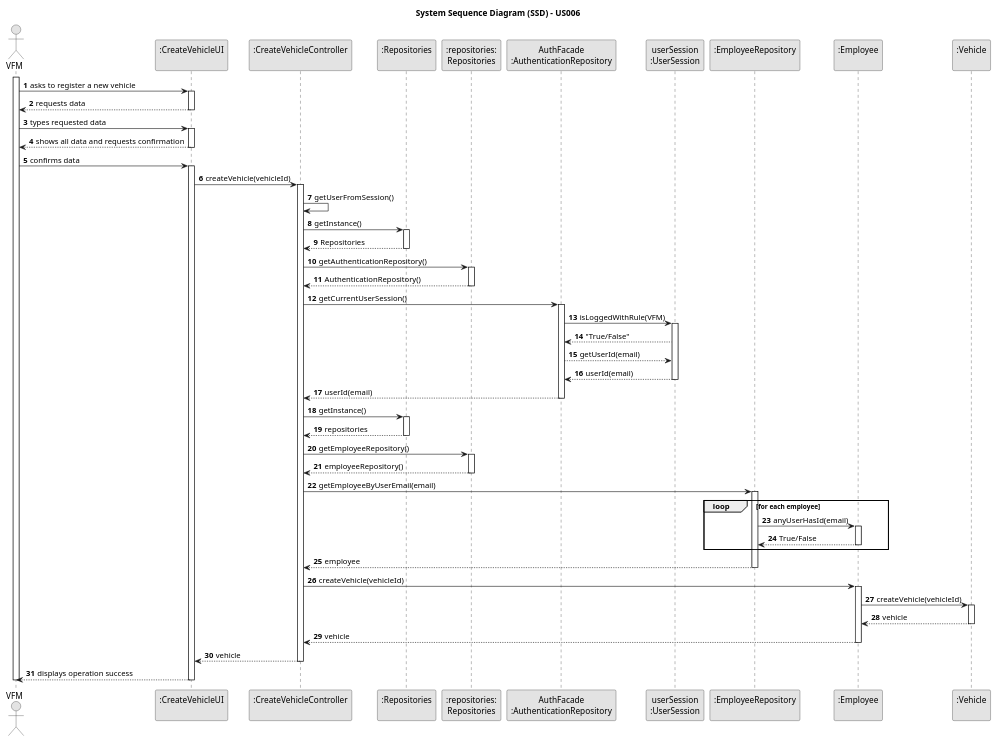
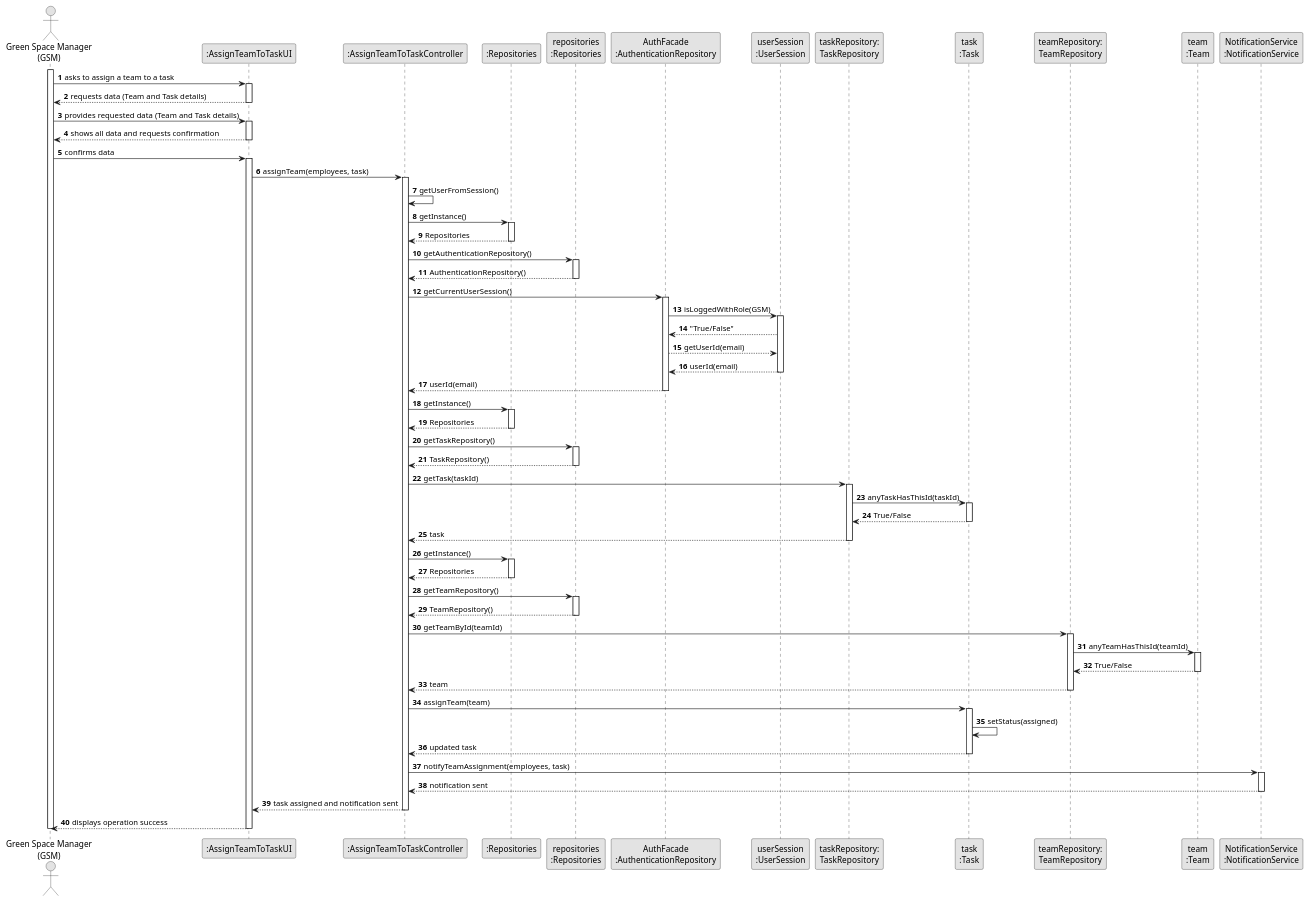
The diagram in docs/sprintC/us0023/03.design/puml/us23-sequence-diagram-fullv2.puml (Mendoncaa/LAPR2), drawn with PlantUML before and after one commit. The commit also changed 14 other files, not shown here.

```diff
--- a/docs/sprintC/us0023/03.design/puml/us23-sequence-diagram-fullv2.puml
+++ b/docs/sprintC/us0023/03.design/puml/us23-sequence-diagram-fullv2.puml
@@ -5,64 +5,55 @@
 
 autonumber
 
-title System Sequence Diagram (SSD) - US006
-
-actor "VFM" as VFM
-
-participant ":CreateVehicleUI\n" as UI
-participant ":CreateVehicleController\n" as CTRL
-participant ":Repositories\n" as SR
-participant ":repositories:\nRepositories" as RR
+actor "Green Space Manager\n(GSM)" as GSM
+participant ":AssignTeamToTaskUI" as UI
+participant ":AssignTeamToTaskController" as CTRL
+participant ":Repositories" as RepositorySingleton
+participant "repositories\n:Repositories" as PLAT
 participant "AuthFacade\n:AuthenticationRepository" as AUTHREP
 participant "userSession\n:UserSession" as USER
-participant ":EmployeeRepository\n" as ER
-participant ":Employee\n" as E
-participant ":Vehicle\n" as V
+participant "taskRepository:\nTaskRepository" as TaskRepository
+participant "task\n:Task" as TASK
+participant "teamRepository:\nTeamRepository" as TeamRepository
+participant "team\n:Team" as TEAM
+participant "NotificationService\n:NotificationService" as NOTIF
 
-activate VFM
+activate GSM
 
-    VFM -> UI : asks to register a new vehicle
+        GSM -> UI : asks to assign a team to a task
+        activate UI
 
-    activate UI
-        UI --> VFM : requests data
+        UI --> GSM : requests data (Team and Task details)
     deactivate UI
 
-    VFM -> UI : types requested data
+    GSM -> UI : provides requested data (Team and Task details)
     activate UI
-        UI --> VFM : shows all data and requests confirmation
+
+        UI --> GSM : shows all data and requests confirmation
     deactivate UI
 
-    VFM -> UI : confirms data
+    GSM -> UI : confirms data
     activate UI
-        UI -> CTRL : createVehicle(vehicleId)
+
+        UI -> CTRL : assignTeam(employees, task)
         activate CTRL
-
-
 
         CTRL -> CTRL : getUserFromSession()
 
-        CTRL -> SR : getInstance()
-        activate SR
-        CTRL <-- SR : Repositories
-        deactivate SR
+        CTRL -> RepositorySingleton : getInstance()
+        activate RepositorySingleton
+        CTRL <-- RepositorySingleton : Repositories
+        deactivate RepositorySingleton
 
-        CTRL -> RR : getAuthenticationRepository()
-
-        activate RR
-        CTRL <-- RR : AuthenticationRepository()
-        deactivate RR
-
-
+        CTRL -> PLAT : getAuthenticationRepository()
+        activate PLAT
+        CTRL <-- PLAT : AuthenticationRepository()
+        deactivate PLAT
 
         CTRL -> AUTHREP : getCurrentUserSession()
-
         activate AUTHREP
 
-
-
-
-        AUTHREP -> USER : isLoggedWithRule(VFM)
-
+        AUTHREP -> USER : isLoggedWithRole(GSM)
         activate USER
 
         AUTHREP <-- USER : "True/False"
@@ -73,215 +64,67 @@
         CTRL <-- AUTHREP : userId(email)
         deactivate AUTHREP
 
+        CTRL -> RepositorySingleton : getInstance()
+        activate RepositorySingleton
+        CTRL <-- RepositorySingleton : Repositories
+        deactivate RepositorySingleton
 
+        CTRL -> PLAT : getTaskRepository()
+        activate PLAT
+        CTRL <-- PLAT : TaskRepository()
+        deactivate PLAT
 
-            CTRL -> SR : getInstance()
-            activate SR
-                SR --> CTRL : repositories
-            deactivate SR
-            CTRL -> RR : getEmployeeRepository()
-            activate RR
-                RR --> CTRL : employeeRepository()
-            deactivate RR
-            CTRL -> ER : getEmployeeByUserEmail(email)
-            activate ER
-                loop for each employee
-                    ER -> E : anyUserHasId(email)
-                    activate E
-                        E --> ER : True/False
-                    deactivate E
-                end loop
-                ER --> CTRL : employee
-            deactivate ER
-            CTRL -> E : createVehicle(vehicleId)
-            activate E
-                E -> V : createVehicle(vehicleId)
-                activate V
-                V --> E: vehicle
-                deactivate V
-            E--> CTRL : vehicle
-            deactivate E
+        CTRL -> TaskRepository : getTask(taskId)
+        activate TaskRepository
 
+            TaskRepository -> TASK : anyTaskHasThisId(taskId)
+            activate TASK
+            TaskRepository <-- TASK : True/False
+            deactivate TASK
 
-            CTRL --> UI : vehicle
-        deactivate CTRL
-        UI --> VFM : displays operation success
+        CTRL <-- TaskRepository : task
+        deactivate TaskRepository
+
+        CTRL -> RepositorySingleton : getInstance()
+        activate RepositorySingleton
+        CTRL <-- RepositorySingleton : Repositories
+        deactivate RepositorySingleton
+
+        CTRL -> PLAT : getTeamRepository()
+        activate PLAT
+        CTRL <-- PLAT : TeamRepository()
+        deactivate PLAT
+
+        CTRL -> TeamRepository : getTeamById(teamId)
+        activate TeamRepository
+
+            TeamRepository -> TEAM : anyTeamHasThisId(teamId)
+            activate TEAM
+            TeamRepository <-- TEAM : True/False
+            deactivate TEAM
+
+        CTRL <-- TeamRepository : team
+        deactivate TeamRepository
+
+        CTRL -> TASK : assignTeam(team)
+        activate TASK
+
+        TASK -> TASK : setStatus(assigned)
+        TASK --> CTRL : updated task
+        deactivate TASK
+
+        CTRL -> NOTIF : notifyTeamAssignment(employees, task)
+        activate NOTIF
+
+        NOTIF --> CTRL : notification sent
+        deactivate NOTIF
+
+        CTRL --> UI : task assigned and notification sent
+    deactivate CTRL
+
+    UI --> GSM : displays operation success
     deactivate UI
 
-deactivate VFM
-
-
-'
-''hide footbox
-''actor "Organization Employee" as VFM
-'participant ":CreateTaskUI" as UI
-'participant ":CreateTaskController" as CTRL
-'participant ":Repositories" as RepositorySingleton
-'participant "repositories\n:Repositories" as PLAT
-'participant "taskCategoryRepository:\nTaskCategoryRepository" as TaskCategoryRepository
-'participant ":ApplicationSession" as _APP
-'participant "appSession\n:ApplicationSession" as APP
-'participant "currentSession\n:UserSession" as SESSAO
-'participant "organizationRepository:\nOrganizationRepository" as OrganizationRepository
-'participant "organization\n:Organization" as ORG
-'participant "task\n:Task" as TAREFA
-'
-'activate VFM
-'
-'        VFM -> UI : asks to create a new task
-'
-'        activate UI
-'
-''            UI --> VFM : requests data (reference, description,  informal \n description, technical description, duration, cost)
-'            'create CTRL
-'            UI -> CTRL** : create
-'
-'            UI -> CTRL : getTaskCategories()
-'            activate CTRL
-'
-'                CTRL -> RepositorySingleton : getInstance()
-'                activate RepositorySingleton
-'
-'                    RepositorySingleton --> CTRL: repositories
-'                deactivate RepositorySingleton
-'
-'                CTRL -> PLAT : getTaskCategoryRepository()
-'                activate PLAT
-'
-'                    PLAT --> CTRL: taskCategoryRepository
-'                deactivate PLAT
-'
-'                CTRL -> TaskCategoryRepository : getTaskCategories()
-'                activate TaskCategoryRepository
-'
-'                    TaskCategoryRepository --> CTRL : taskCategoryList
-'                deactivate TaskCategoryRepository
-'
-'                CTRL --> UI : taskCategoryList
-'            deactivate CTRL
-'
-'            UI --> VFM : shows task category list\n and asks to sleect one
-'        deactivate UI
-'
-'    VFM -> UI : selects a task category
-'    activate UI
-'
-'        UI --> VFM : requests data
-'    deactivate UI
-'
-'    VFM -> UI : types requested data (reference, description, \ninformal description, technical description,\nduration, cost)
-'    activate UI
-'
-'        UI --> VFM : shows selected category and requested data
-'    deactivate UI
-'
-'    VFM -> UI : submits data
-'    activate UI
-'
-'        UI -> CTRL : createTask(reference,\ndescription,\ninformalDescription,\ntechnicalDescription,\nduration, cost,\ntaskCategoryDescription)
-'        activate CTRL
-'
-'            CTRL -> CTRL : getTaskCategoryByDescription(taskCategoryDescription)
-'            activate CTRL
-'
-'                CTRL -> RepositorySingleton : getInstance()
-'                activate RepositorySingleton
-'
-'                    RepositorySingleton --> CTRL: repositories
-'                deactivate RepositorySingleton
-'
-'                CTRL -> PLAT : getTaskCategoryRepository()
-'                activate PLAT
-'
-'                    PLAT -> CTRL : taskCategoryRepository
-'                deactivate PLAT
-'
-'                CTRL -> TaskCategoryRepository : getTaskCategoryByDescription(taskCategoryDescription)
-'                activate TaskCategoryRepository
-'
-'                    TaskCategoryRepository --> CTRL : taskCategory
-'                deactivate TaskCategoryRepository
-'                    CTRL --> CTRL : taskCategory
-'            deactivate CTRL
-'
-'            |||
-'            CTRL -> CTRL : getEmployeeFromSession()
-'            activate CTRL
-'
-'                CTRL -> _APP: getInstance()
-'                activate _APP
-'                    _APP -> CTRL: appSession
-'                deactivate _APP
-'
-'
-'                CTRL -> APP: getCurrentSession()
-'                activate APP
-'
-'                    APP --> CTRL: currentSession
-'                deactivate APP
-'
-'                CTRL -> SESSAO: email = getUserEmail()
-'                activate SESSAO
-'
-'                    SESSAO --> CTRL: email
-'                deactivate SESSAO
-'
-'
-'                CTRL -> PLAT: getOrganizationRepository(email)
-'                activate PLAT
-'
-'                    PLAT --> CTRL: organizationRepository
-'                deactivate PLAT
-'
-'
-'                CTRL -> OrganizationRepository: getOrganizationByEmployeeEmail(email)
-'                activate OrganizationRepository
-'
-'                    loop [for each organization
-'                        OrganizationRepository -> ORG : anyEmployeeHasEmail(email)
-'                        activate ORG
-'
-'                             ORG --> OrganizationRepository : true/false
-'                        deactivate ORG
-'                    end
-'                    OrganizationRepository --> CTRL : organization
-'                deactivate OrganizationRepository
-'
-'                CTRL -> ORG: getEmployeeByEmail(email)
-'                activate ORG
-'
-'                    ORG --> CTRL : employee
-'                deactivate ORG
-'
-'                CTRL --> CTRL : employee
-'            deactivate CTRL
-'
-'            |||
-'            CTRL -> ORG: createTask(employee, reference, description,\ninformalDescription, technicalDescription,\nduration, cost, , taskCategory, employee)
-'            activate ORG
-'
-'                ORG -> TAREFA**: create(employee, reference, description,\ninformalDescription, technicalDescription,\nduration, cost, taskCategory, employee)
-'                ORG -> ORG: addTask (task)
-'
-'
-'                activate ORG
-'                    ORG -> ORG: validateTask(task)
-'                    activate ORG
-'                        ORG --> ORG
-'                    deactivate ORG
-'
-'                    ORG --> ORG
-'                deactivate ORG
-'
-'                ORG --> CTRL : task
-'
-'            deactivate ORG
-'
-'            CTRL --> UI: task
-'            deactivate CTRL
-'            UI --> VFM: displays operation success
-'    deactivate UI
-'
-'deactivate VFM
+deactivate GSM
 
 @enduml
```
